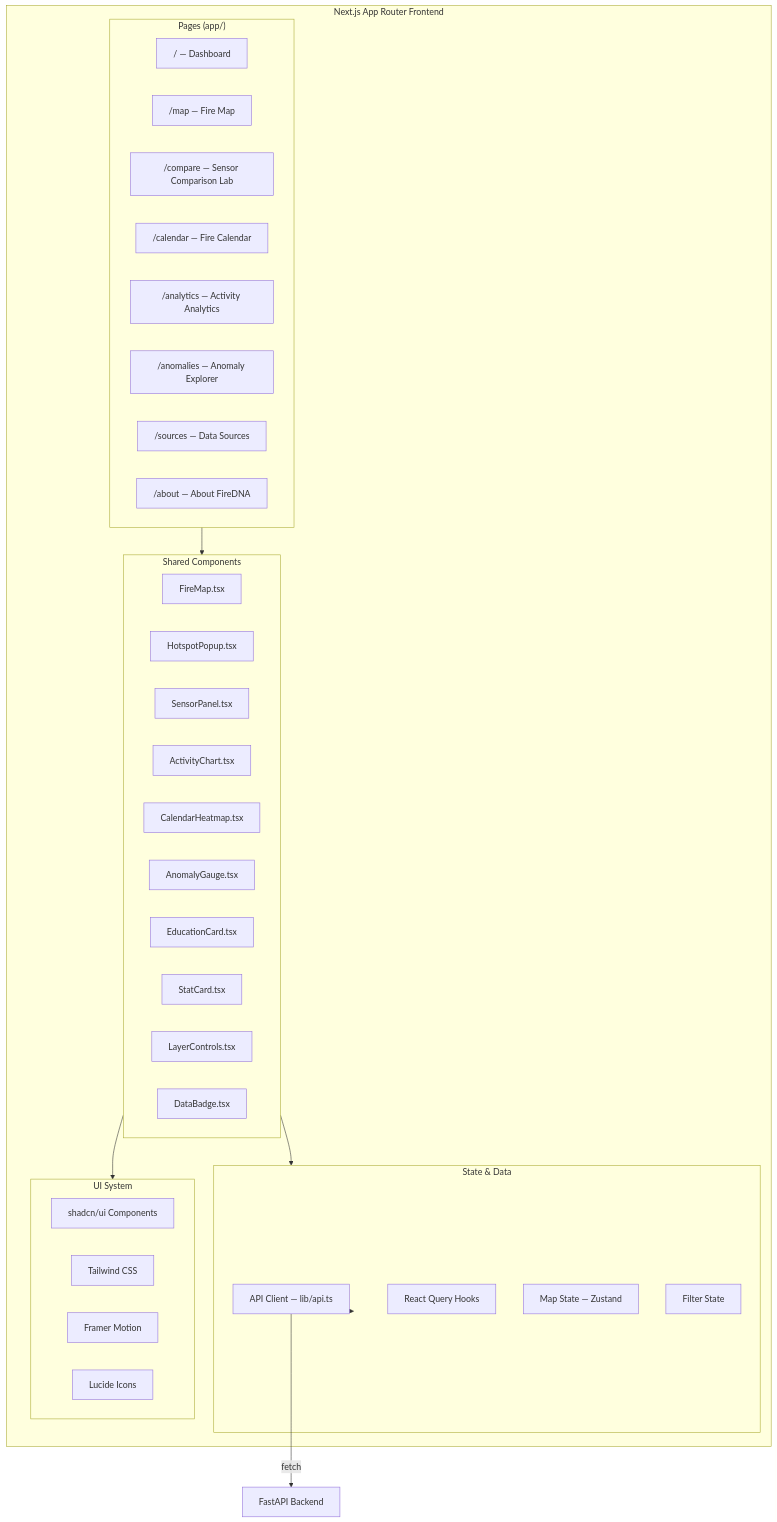
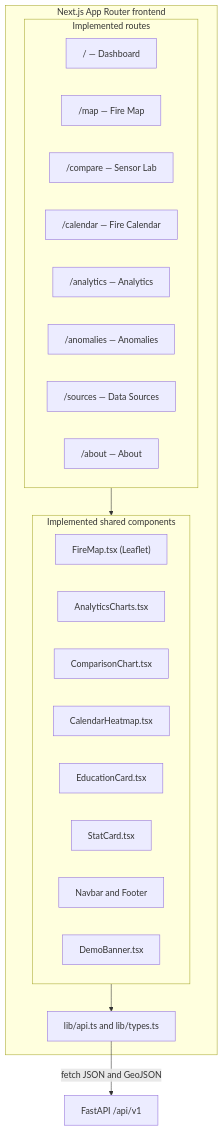
One commit to rid-coder-70/firedna changed the third of 7 diagrams in docs/SYSTEM_ARCHITECTURE.md. Above: the diagram before and after it, drawn with Mermaid. The commit also changed other lines of this file and 4 other files, not shown here.

Commit message:
Enhance documentation: Update README, development roadmap, system architecture, and UI/UX design to reflect project status and clarify functionality

````diff
--- a/docs/SYSTEM_ARCHITECTURE.md
+++ b/docs/SYSTEM_ARCHITECTURE.md
@@ -110,44 +112,29 @@
 ```mermaid
 flowchart TD
-    subgraph Frontend["Next.js App Router Frontend"]
-        subgraph Pages["Pages (app/)"]
-            P1["/ — Dashboard"]
-            P2["/map — Fire Map"]
-            P3["/compare — Sensor Comparison Lab"]
-            P4["/calendar — Fire Calendar"]
-            P5["/analytics — Activity Analytics"]
-            P6["/anomalies — Anomaly Explorer"]
-            P7["/sources — Data Sources"]
-            P8["/about — About FireDNA"]
+    subgraph Frontend["Next.js App Router frontend"]
+        subgraph Pages["Implemented routes"]
+            Dashboard["/ — Dashboard"]
+            MapPage["/map — Fire Map"]
+            ComparePage["/compare — Sensor Lab"]
+            CalendarPage["/calendar — Fire Calendar"]
+            AnalyticsPage["/analytics — Analytics"]
+            AnomaliesPage["/anomalies — Anomalies"]
+            SourcesPage["/sources — Data Sources"]
+            AboutPage["/about — About"]
         end
-        subgraph Components["Shared Components"]
-            C1[FireMap.tsx]
-            C2[HotspotPopup.tsx]
-            C3[SensorPanel.tsx]
-            C4[ActivityChart.tsx]
-            C5[CalendarHeatmap.tsx]
-            C6[AnomalyGauge.tsx]
-            C7[EducationCard.tsx]
-            C8[StatCard.tsx]
-            C9[LayerControls.tsx]
-            C10[DataBadge.tsx]
+        subgraph Components["Implemented shared components"]
+            FireMap["FireMap.tsx (Leaflet)"]
+            AnalyticsCharts["AnalyticsCharts.tsx"]
+            ComparisonChart["ComparisonChart.tsx"]
+            CalendarHeatmap["CalendarHeatmap.tsx"]
+            EducationCard["EducationCard.tsx"]
+            StatCard["StatCard.tsx"]
+            Navigation["Navbar and Footer"]
+            DemoBanner["DemoBanner.tsx"]
         end
-        subgraph State["State & Data"]
-            ST1[API Client — lib/api.ts]
-            ST2[React Query Hooks]
-            ST3[Map State — Zustand]
-            ST4[Filter State]
-        end
-        subgraph UI["UI System"]
-            UI1[shadcn/ui Components]
-            UI2[Tailwind CSS]
-            UI3[Framer Motion]
-            UI4[Lucide Icons]
-        end
+        APIClient["lib/api.ts and lib/types.ts"]
     end
     Pages --> Components
-    Components --> State
-    Components --> UI
-    State --> ST1
-    ST1 -->|fetch| Backend["FastAPI Backend"]
+    Components --> APIClient
+    APIClient -->|fetch JSON and GeoJSON| Backend["FastAPI /api/v1"]
 ```
````
